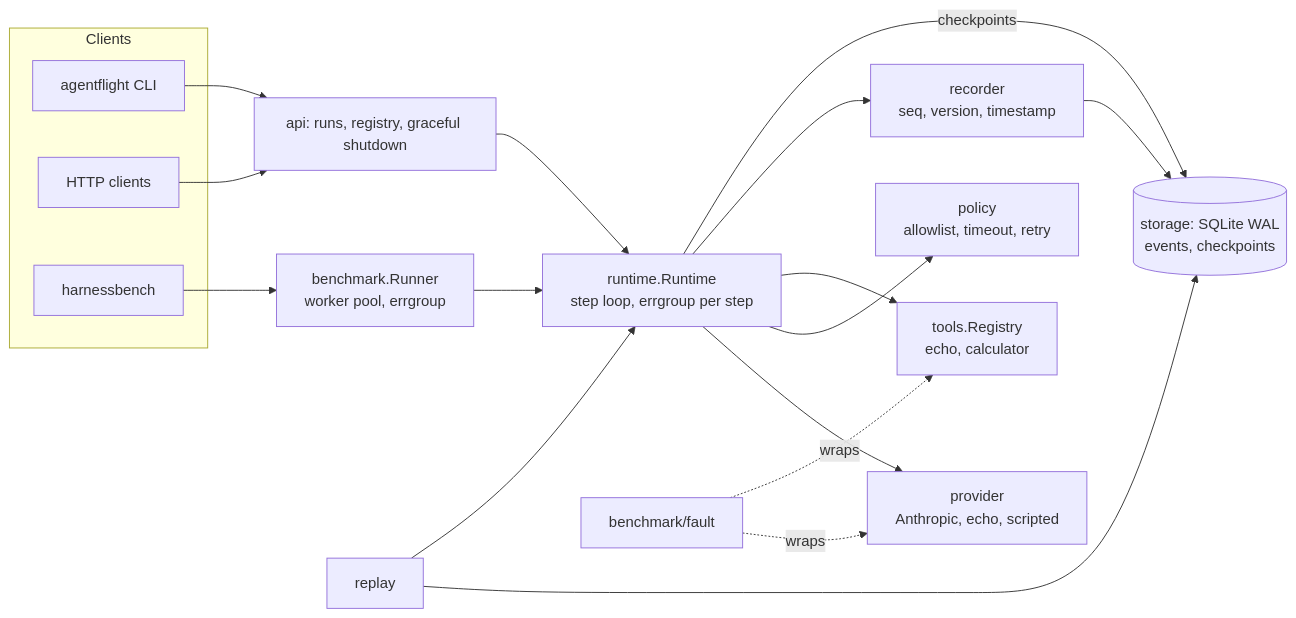
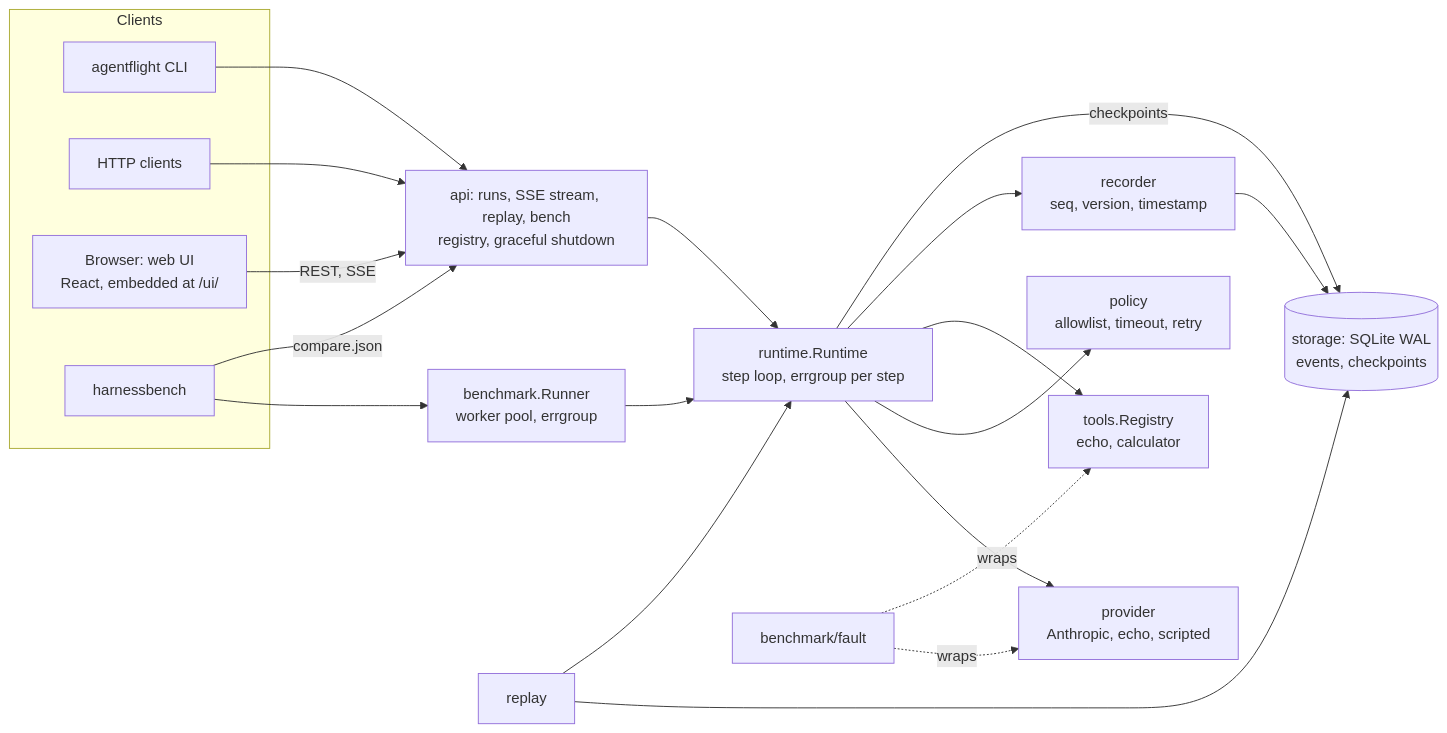
The diagram in README.md (Vaibhavee89/AgentFlight), drawn with Mermaid before and after one commit. The commit also changed other lines of this file and 23 other files, not shown here.

````diff
--- a/README.md
+++ b/README.md
@@ -43,27 +43,30 @@
 ```mermaid
 flowchart LR
     subgraph Clients
         CLI[agentflight CLI]
         HTTP[HTTP clients]
+        BROWSER[Browser: web UI<br/>React, embedded at /ui/]
         BENCH[harnessbench]
     end
 
-    HTTP --> API[api: runs, registry, graceful shutdown]
+    BROWSER -- REST, SSE --> API
+    HTTP --> API[api: runs, SSE stream, replay, bench<br/>registry, graceful shutdown]
     CLI --> API
     BENCH --> SUITE[benchmark.Runner<br/>worker pool, errgroup]
+    BENCH -- compare.json --> API
 
     API --> RT[runtime.Runtime<br/>step loop, errgroup per step]
     SUITE --> RT
 
     RT --> PROV[provider<br/>Anthropic, echo, scripted]
     RT --> POL[policy<br/>allowlist, timeout, retry]
     RT --> TOOLS[tools.Registry<br/>echo, calculator]
     RT --> REC[recorder<br/>seq, version, timestamp]
 
     REC --> STORE[(storage: SQLite WAL<br/>events, checkpoints)]
     RT -- checkpoints --> STORE
     REPLAY[replay] --> STORE
     REPLAY --> RT
     FAULT[benchmark/fault] -. wraps .-> PROV
     FAULT -. wraps .-> TOOLS
 ```
````
